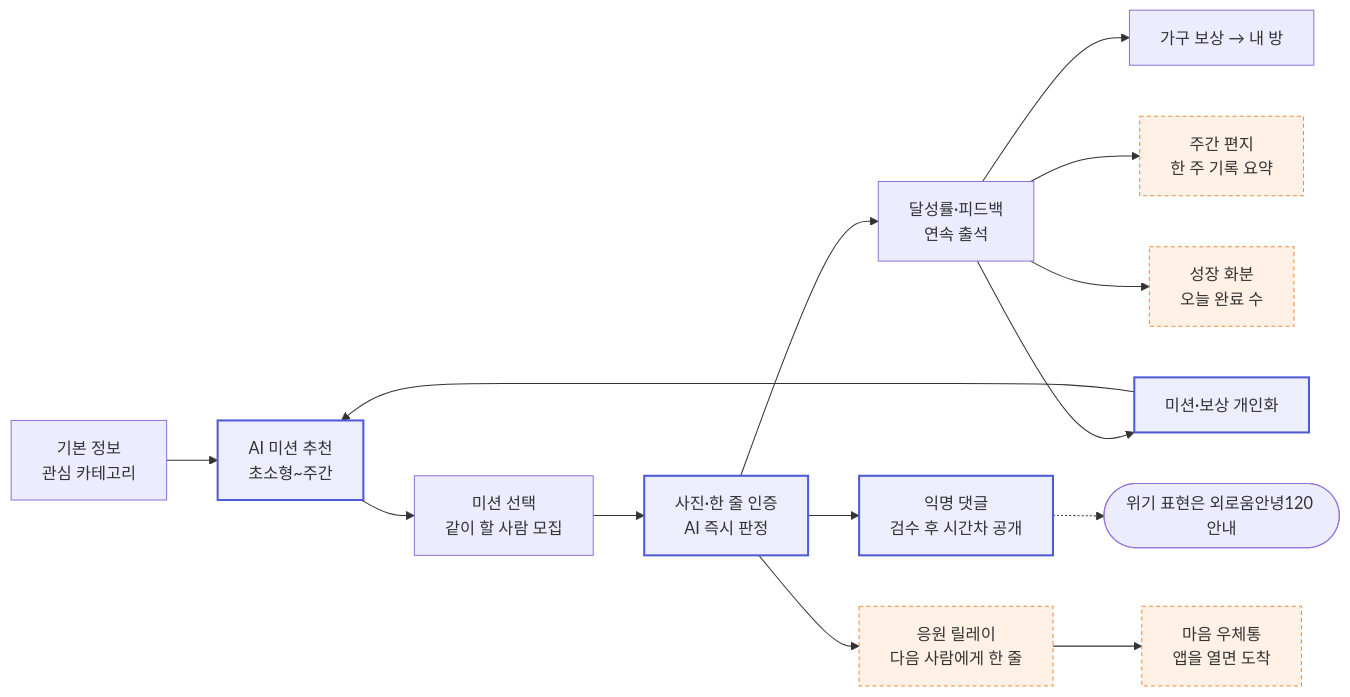
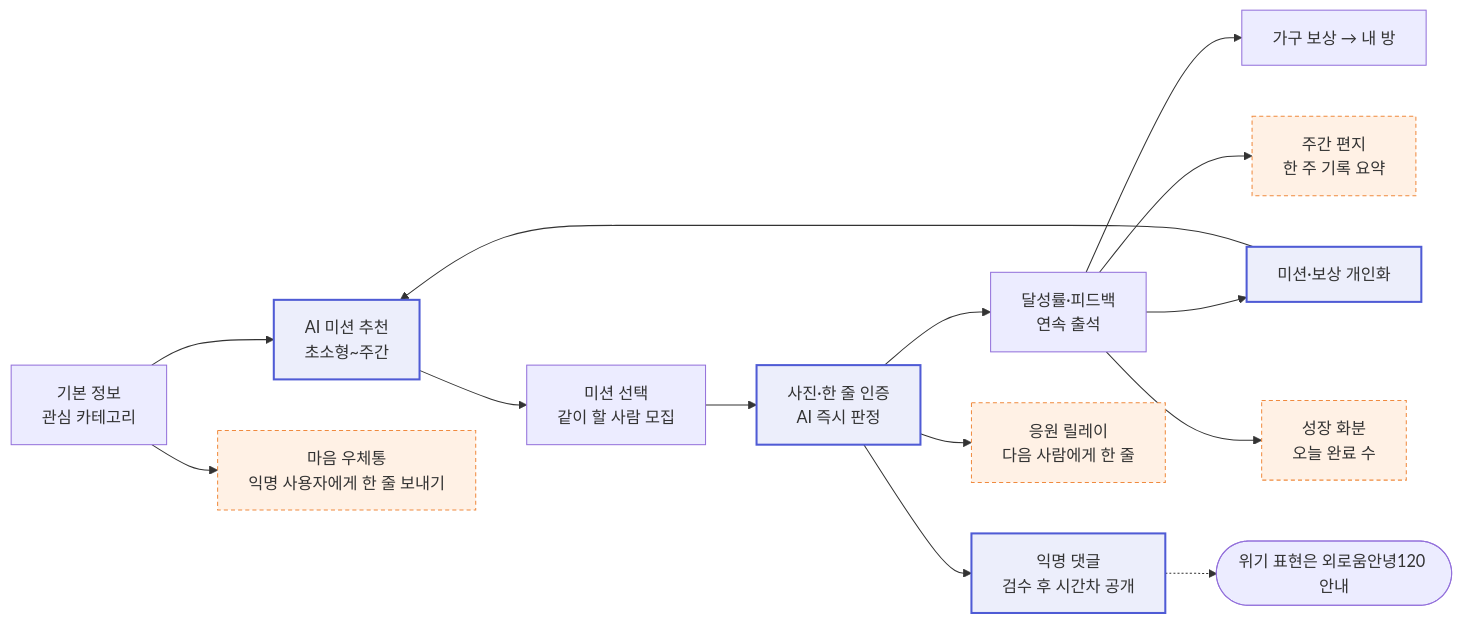
The diagram in PRD.md (koolunkle/maru), drawn with Mermaid before and after one commit. The commit also changed other lines of this file and 8 other files, not shown here.

````diff
--- a/PRD.md
+++ b/PRD.md
@@ -112,19 +112,19 @@
 ```mermaid
 flowchart LR
     A[기본 정보<br/>관심 카테고리] --> B[AI 미션 추천<br/>초소형~주간]:::ai
     B --> C[미션 선택<br/>같이 할 사람 모집]
     C --> D[사진·한 줄 인증<br/>AI 즉시 판정]:::ai
     D --> E[달성률·피드백<br/>연속 출석]
     D --> F[익명 댓글<br/>검수 후 시간차 공개]:::ai
     E --> G[가구 보상 → 내 방]
     E --> H[미션·보상 개인화]:::ai
     H --> B
     F -.-> I([위기 표현은 외로움안녕120 안내])
     D --> R[응원 릴레이<br/>다음 사람에게 한 줄]:::new
-    R --> M[마음 우체통<br/>앱을 열면 도착]:::new
+    A --> M[마음 우체통<br/>익명 사용자에게 한 줄 보내기]:::new
     E --> W[주간 편지<br/>한 주 기록 요약]:::new
     E --> P[성장 화분<br/>오늘 완료 수]:::new
 
     classDef ai fill:#eceefb,stroke:#4f5bd5,stroke-width:2px;
     classDef new fill:#fff1e5,stroke:#f08a3e,stroke-dasharray:4 3;
 ```
````
